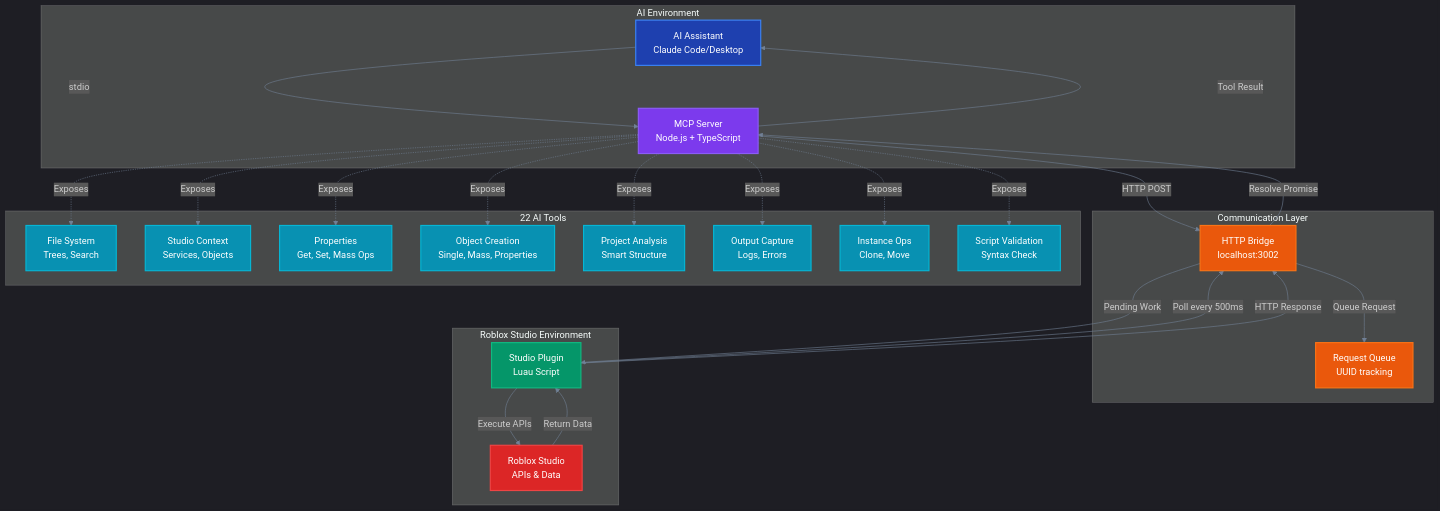
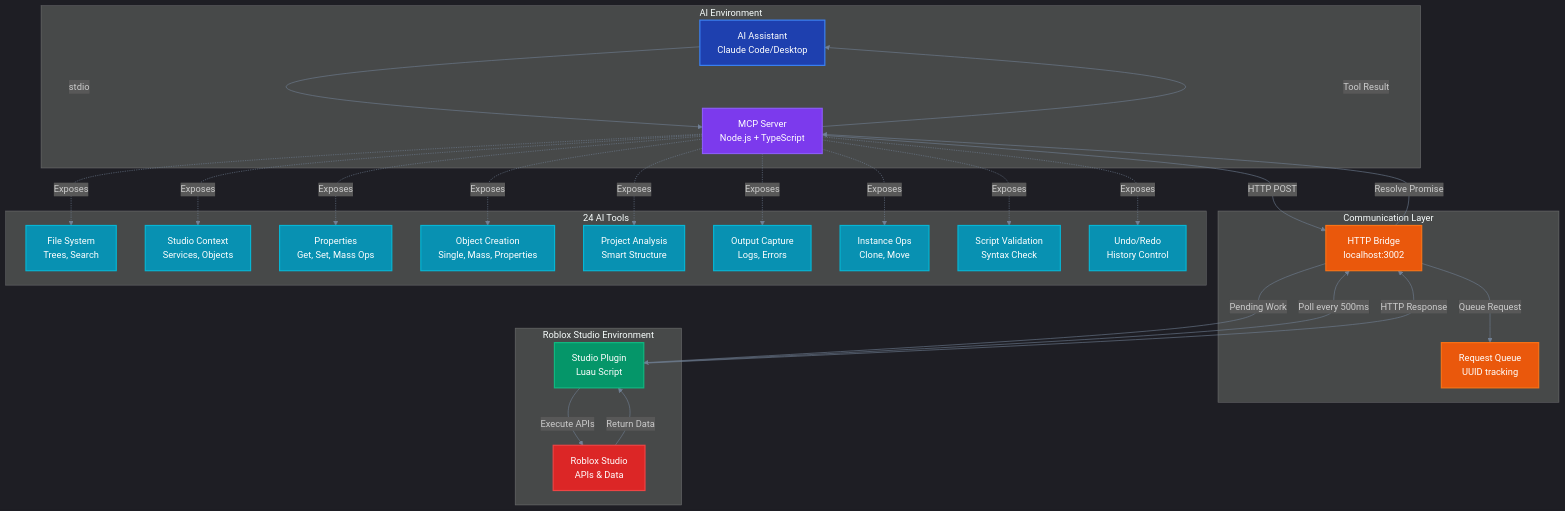
One commit to missatjuhvdk1/rbxstdiomcp changed the first of 2 diagrams in README.md. Above: the diagram before and after it, drawn with Mermaid. The commit also changed other lines of this file, not shown here.

Commit message:
docs: update README for v1.10.0 with undo/redo tools and new package name

````diff
--- a/README.md
+++ b/README.md
@@ -68,63 +68,65 @@
 ```mermaid
 %%{init: {'theme':'dark', 'themeVariables': {'primaryColor':'#2d3748', 'primaryTextColor':'#ffffff', 'primaryBorderColor':'#4a5568', 'lineColor':'#718096', 'sectionBkgColor':'#1a202c', 'altSectionBkgColor':'#2d3748', 'gridColor':'#4a5568', 'secondaryColor':'#2b6cb0', 'tertiaryColor':'#319795'}}}%%
 graph TB
     subgraph AI_ENV ["AI Environment"]
         AI["AI Assistant<br/>Claude Code/Desktop"]
         MCP["MCP Server<br/>Node.js + TypeScript"]
     end
     
     subgraph COMM_LAYER ["Communication Layer"]
         HTTP["HTTP Bridge<br/>localhost:3002"]
         QUEUE["Request Queue<br/>UUID tracking"]
     end
     
     subgraph STUDIO_ENV ["Roblox Studio Environment"]
         PLUGIN["Studio Plugin<br/>Luau Script"]
         STUDIO["Roblox Studio<br/>APIs & Data"]
     end
     
-    subgraph TOOLS ["22 AI Tools"]
+    subgraph TOOLS ["24 AI Tools"]
         FILE["File System<br/>Trees, Search"]
         CONTEXT["Studio Context<br/>Services, Objects"]
         PROPS["Properties<br/>Get, Set, Mass Ops"]
         CREATE["Object Creation<br/>Single, Mass, Properties"]
         PROJECT["Project Analysis<br/>Smart Structure"]
         OUTPUT["Output Capture<br/>Logs, Errors"]
         INSTMANIP["Instance Ops<br/>Clone, Move"]
         VALIDATE["Script Validation<br/>Syntax Check"]
+        UNDO["Undo/Redo<br/>History Control"]
     end
     
     AI -->|stdio| MCP
     MCP -->|HTTP POST| HTTP
     HTTP -->|Queue Request| QUEUE
     PLUGIN -->|Poll every 500ms| HTTP
     HTTP -->|Pending Work| PLUGIN
     PLUGIN -->|Execute APIs| STUDIO
     STUDIO -->|Return Data| PLUGIN
     PLUGIN -->|HTTP Response| HTTP
     HTTP -->|Resolve Promise| MCP
     MCP -->|Tool Result| AI
     
     MCP -.->|Exposes| FILE
     MCP -.->|Exposes| CONTEXT
     MCP -.->|Exposes| PROPS
     MCP -.->|Exposes| CREATE
     MCP -.->|Exposes| PROJECT
     MCP -.->|Exposes| OUTPUT
     MCP -.->|Exposes| INSTMANIP
     MCP -.->|Exposes| VALIDATE
+    MCP -.->|Exposes| UNDO
     
     classDef aiStyle fill:#1e40af,stroke:#3b82f6,stroke-width:2px,color:#ffffff
     classDef mcpStyle fill:#7c3aed,stroke:#8b5cf6,stroke-width:2px,color:#ffffff
     classDef httpStyle fill:#ea580c,stroke:#f97316,stroke-width:2px,color:#ffffff
     classDef pluginStyle fill:#059669,stroke:#10b981,stroke-width:2px,color:#ffffff
     classDef studioStyle fill:#dc2626,stroke:#ef4444,stroke-width:2px,color:#ffffff
     classDef toolStyle fill:#0891b2,stroke:#06b6d4,stroke-width:2px,color:#ffffff
     
     class AI aiStyle
     class MCP mcpStyle
     class HTTP,QUEUE httpStyle
     class PLUGIN pluginStyle
     class STUDIO studioStyle
-    class FILE,CONTEXT,PROPS,CREATE,PROJECT,OUTPUT,INSTMANIP,VALIDATE toolStyle
+    class FILE,CONTEXT,PROPS,CREATE,PROJECT,OUTPUT,INSTMANIP,VALIDATE,UNDO toolStyle
 ```
````
